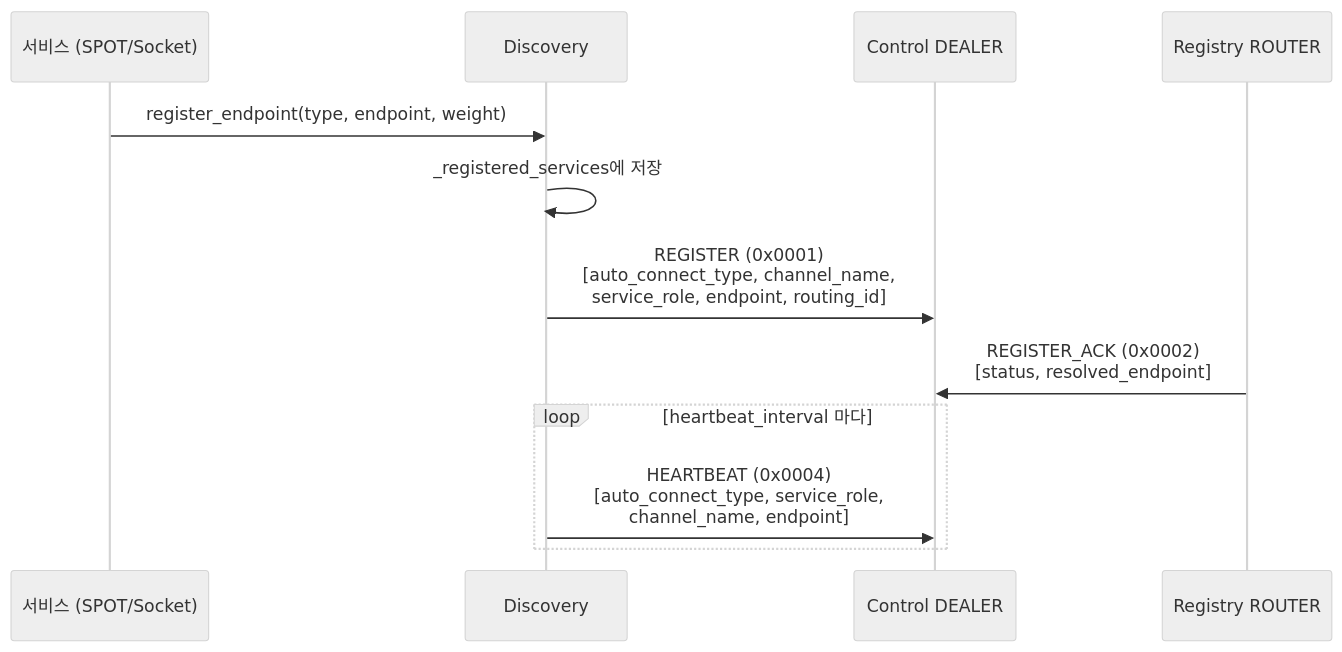
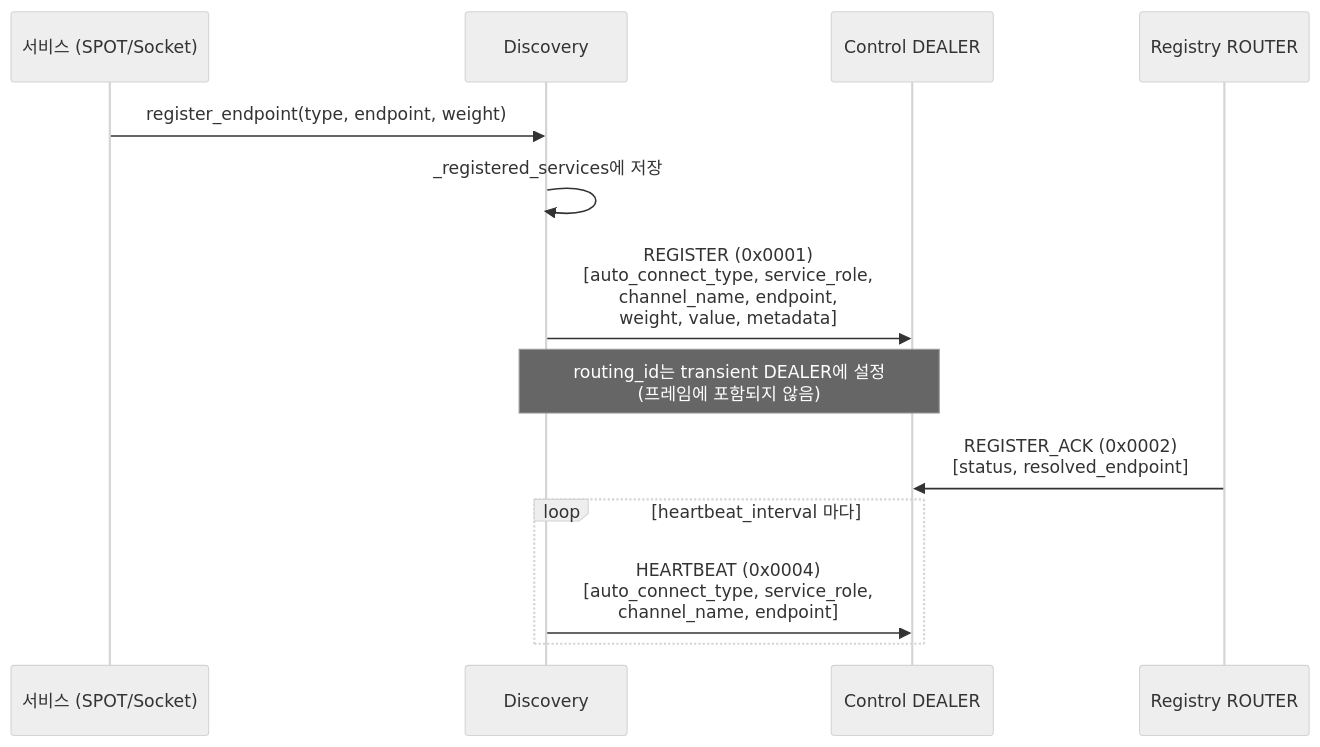
Before and after one commit to kairos-code-dev/zlink: the fourth of 11 diagrams in core/doc/internals/discovery-internals.ko.md, drawn with Mermaid (neutral theme). The commit also changed other lines of this file, not shown here.

First line of the commit message:
docs(core): discovery-internals.ko.md codex 리뷰 반영 — 프로토콜 프레임/owner role/actor fallback 정정

````diff
--- a/core/doc/internals/discovery-internals.ko.md
+++ b/core/doc/internals/discovery-internals.ko.md
@@ -116,16 +116,17 @@
 ```mermaid
 sequenceDiagram
     participant Service as 서비스 (SPOT/Socket)
     participant Disc as Discovery
     participant DEALER as Control DEALER
     participant REG as Registry ROUTER
 
     Service->>Disc: register_endpoint(type, endpoint, weight)
     Disc->>Disc: _registered_services에 저장
-    Disc->>DEALER: REGISTER (0x0001)<br/>[auto_connect_type, channel_name,<br/>service_role, endpoint, routing_id]
+    Disc->>DEALER: REGISTER (0x0001)<br/>[auto_connect_type, service_role,<br/>channel_name, endpoint,<br/>weight, value, metadata]
+    Note over Disc,DEALER: routing_id는 transient DEALER에 설정<br/>(프레임에 포함되지 않음)
     REG->>DEALER: REGISTER_ACK (0x0002)<br/>[status, resolved_endpoint]
 
     loop heartbeat_interval 마다
         Disc->>DEALER: HEARTBEAT (0x0004)<br/>[auto_connect_type, service_role,<br/>channel_name, endpoint]
     end
 ```
````
